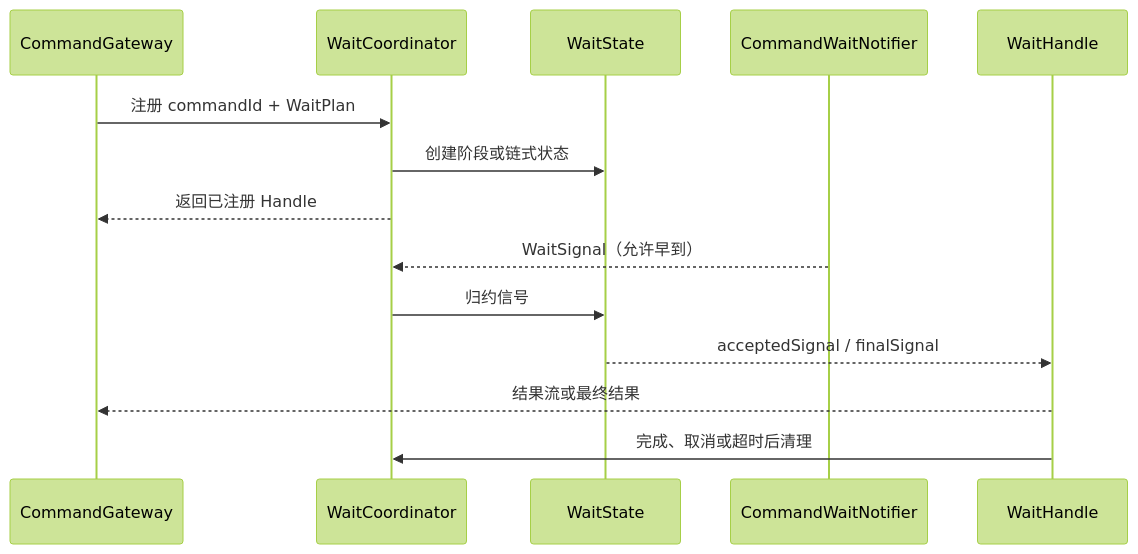
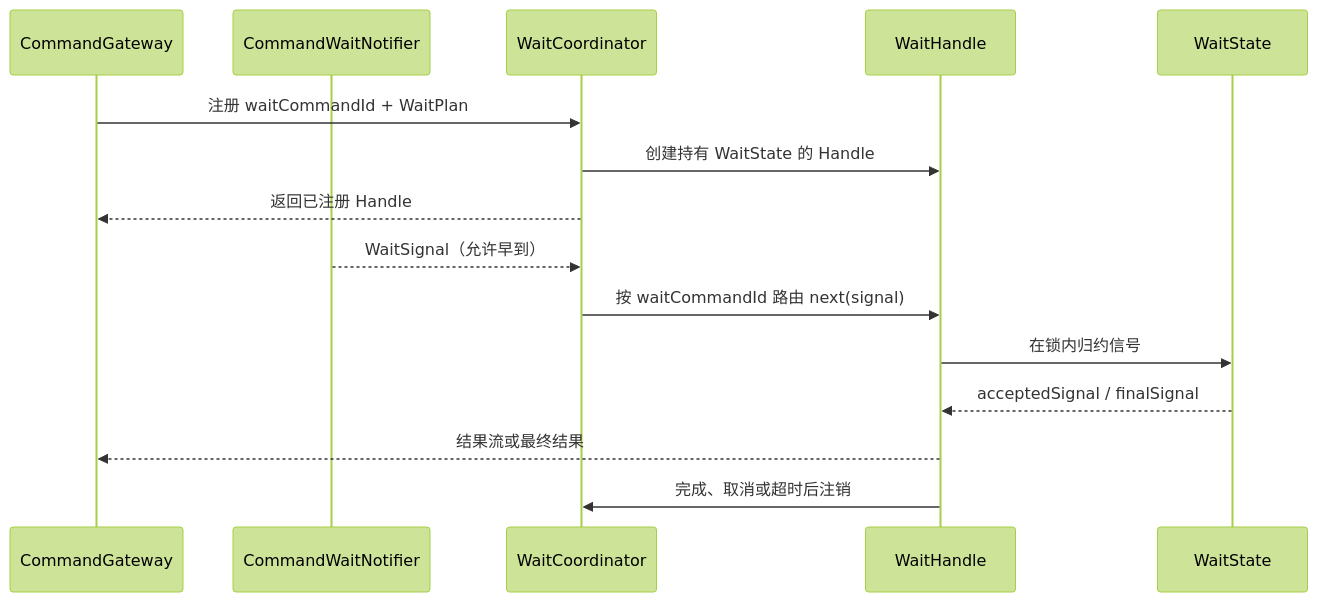
Before and after one commit to Ahoo-Wang/Wow: the diagram in documentation/docs/zh/guide/command/internals/wait-runtime.md, drawn with Mermaid (forest theme). The commit also changed other lines of this file and 11 other files, not shown here.

Commit message:
docs: correct final diagram semantics

````diff
--- a/documentation/docs/zh/guide/command/internals/wait-runtime.md
+++ b/documentation/docs/zh/guide/command/internals/wait-runtime.md
@@ -13,16 +13,17 @@
 ```mermaid
 sequenceDiagram
     participant Gateway as CommandGateway
+    participant Notifier as CommandWaitNotifier
     participant Coordinator as WaitCoordinator
+    participant Handle as WaitHandle
     participant State as WaitState
-    participant Notifier as CommandWaitNotifier
-    participant Handle as WaitHandle
-    Gateway->>Coordinator: 注册 commandId + WaitPlan
-    Coordinator->>State: 创建阶段或链式状态
+    Gateway->>Coordinator: 注册 waitCommandId + WaitPlan
+    Coordinator->>Handle: 创建持有 WaitState 的 Handle
     Coordinator-->>Gateway: 返回已注册 Handle
     Notifier-->>Coordinator: WaitSignal（允许早到）
-    Coordinator->>State: 归约信号
+    Coordinator->>Handle: 按 waitCommandId 路由 next(signal)
+    Handle->>State: 在锁内归约信号
     State-->>Handle: acceptedSignal / finalSignal
     Handle-->>Gateway: 结果流或最终结果
-    Handle->>Coordinator: 完成、取消或超时后清理
+    Handle->>Coordinator: 完成、取消或超时后注销
 ```
````
